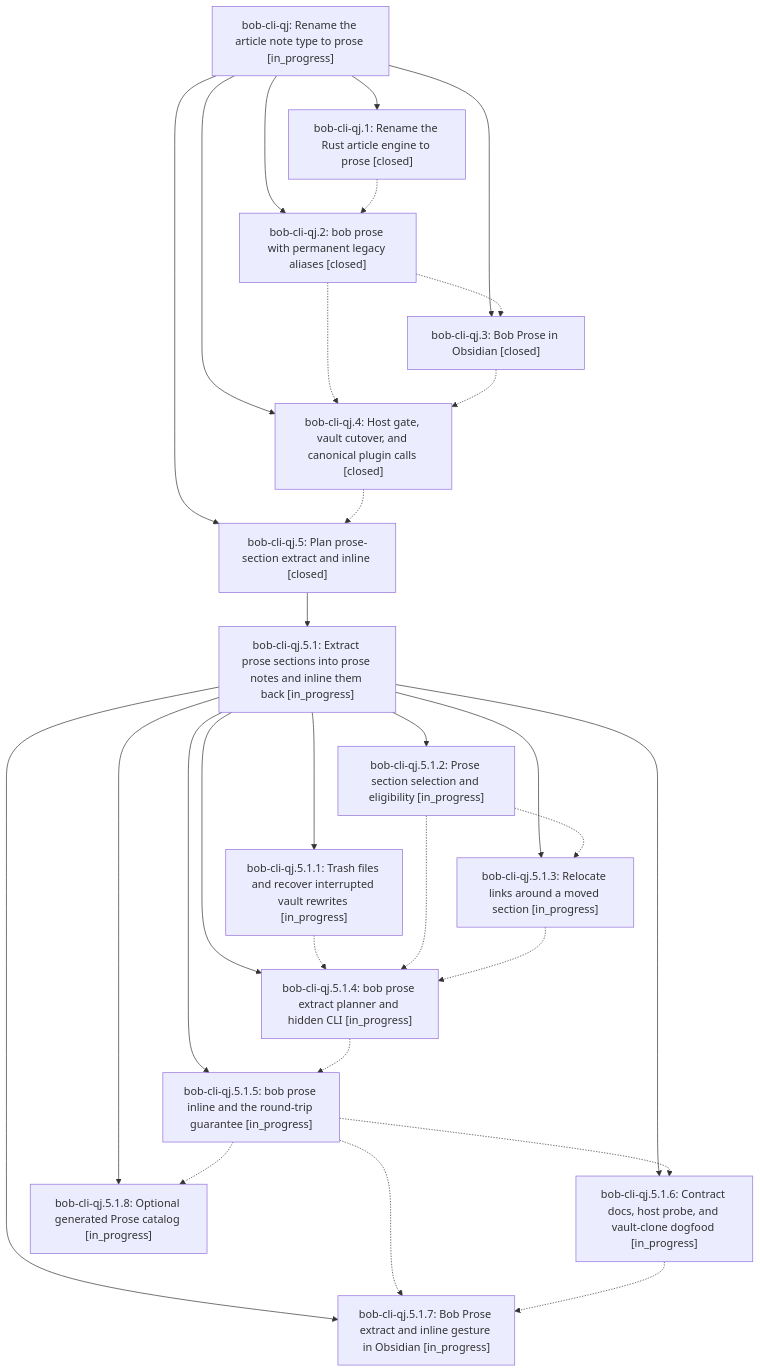
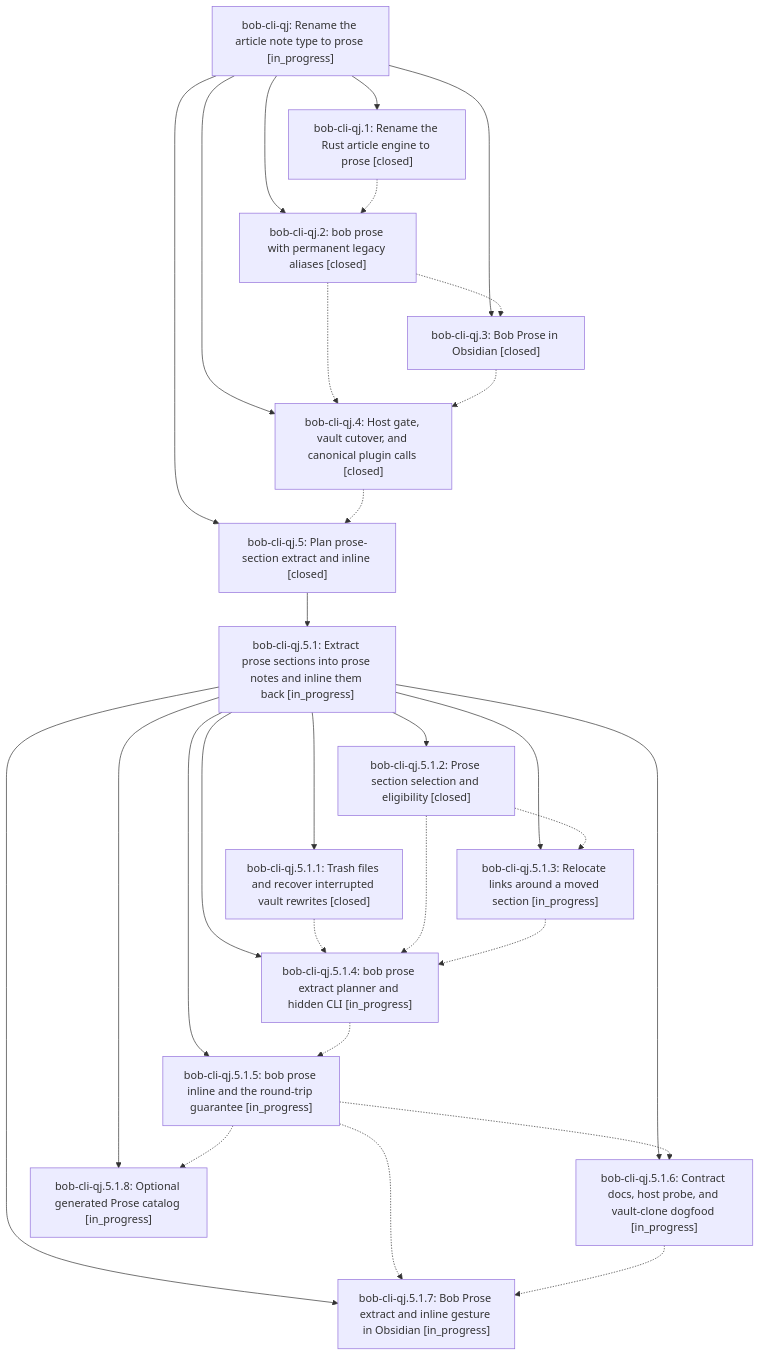
One commit to bobs-org/bob-cli--beads changed the diagram in pages/bob-cli-qj/README.md. Above: the diagram before and after it, drawn with Mermaid. The commit also changed other lines of this file and 6 other files, not shown here.

First line of the commit message:
chore(beads): sync bead state and pages for bob-cli-qj

````diff
--- a/pages/bob-cli-qj/README.md
+++ b/pages/bob-cli-qj/README.md
@@ -50,46 +50,46 @@
 ```mermaid
 flowchart TD
     n0["bob-cli-qj: Rename the article note type to prose [in_progress]"]
     n1["bob-cli-qj.1: Rename the Rust article engine to prose [closed]"]
     n2["bob-cli-qj.2: bob prose with permanent legacy aliases [closed]"]
     n3["bob-cli-qj.3: Bob Prose in Obsidian [closed]"]
     n4["bob-cli-qj.4: Host gate, vault cutover, and canonical plugin calls [closed]"]
     n5["bob-cli-qj.5: Plan prose-section extract and inline [closed]"]
     n6["bob-cli-qj.5.1: Extract prose sections into prose notes and inline them back [in_progress]"]
-    n7["bob-cli-qj.5.1.1: Trash files and recover interrupted vault rewrites [in_progress]"]
-    n8["bob-cli-qj.5.1.2: Prose section selection and eligibility [in_progress]"]
+    n7["bob-cli-qj.5.1.1: Trash files and recover interrupted vault rewrites [closed]"]
+    n8["bob-cli-qj.5.1.2: Prose section selection and eligibility [closed]"]
     n9["bob-cli-qj.5.1.3: Relocate links around a moved section [in_progress]"]
     n10["bob-cli-qj.5.1.4: bob prose extract planner and hidden CLI [in_progress]"]
     n11["bob-cli-qj.5.1.5: bob prose inline and the round-trip guarantee [in_progress]"]
     n12["bob-cli-qj.5.1.6: Contract docs, host probe, and vault-clone dogfood [in_progress]"]
     n13["bob-cli-qj.5.1.7: Bob Prose extract and inline gesture in Obsidian [in_progress]"]
     n14["bob-cli-qj.5.1.8: Optional generated Prose catalog [in_progress]"]
     n0 --> n1
     n0 --> n2
     n0 --> n3
     n0 --> n4
     n0 --> n5
     n5 --> n6
     n6 --> n7
     n6 --> n8
     n6 --> n9
     n6 --> n10
     n6 --> n11
     n6 --> n12
     n6 --> n13
     n6 --> n14
     n1 -.-> n2
     n2 -.-> n3
     n2 -.-> n4
     n3 -.-> n4
     n4 -.-> n5
     n7 -.-> n10
     n8 -.-> n9
     n8 -.-> n10
     n9 -.-> n10
     n10 -.-> n11
     n11 -.-> n12
     n11 -.-> n13
     n11 -.-> n14
     n12 -.-> n13
 ```
````
